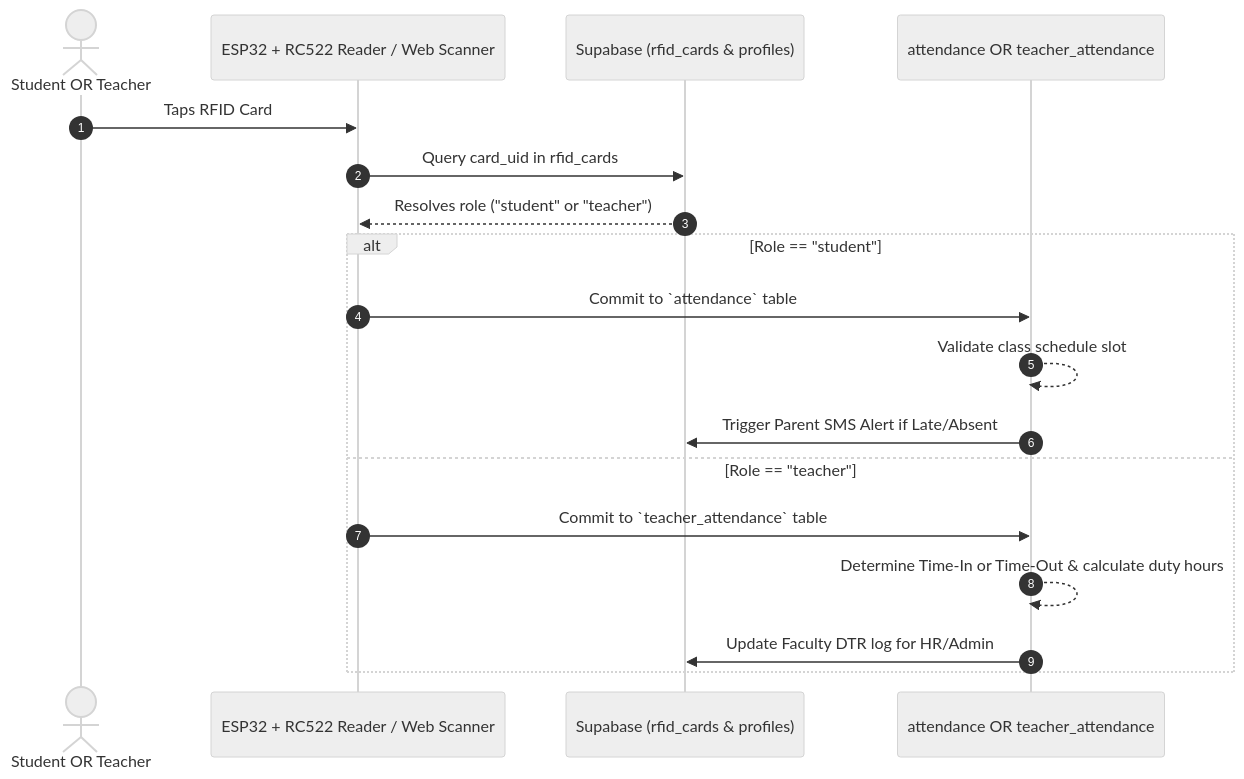
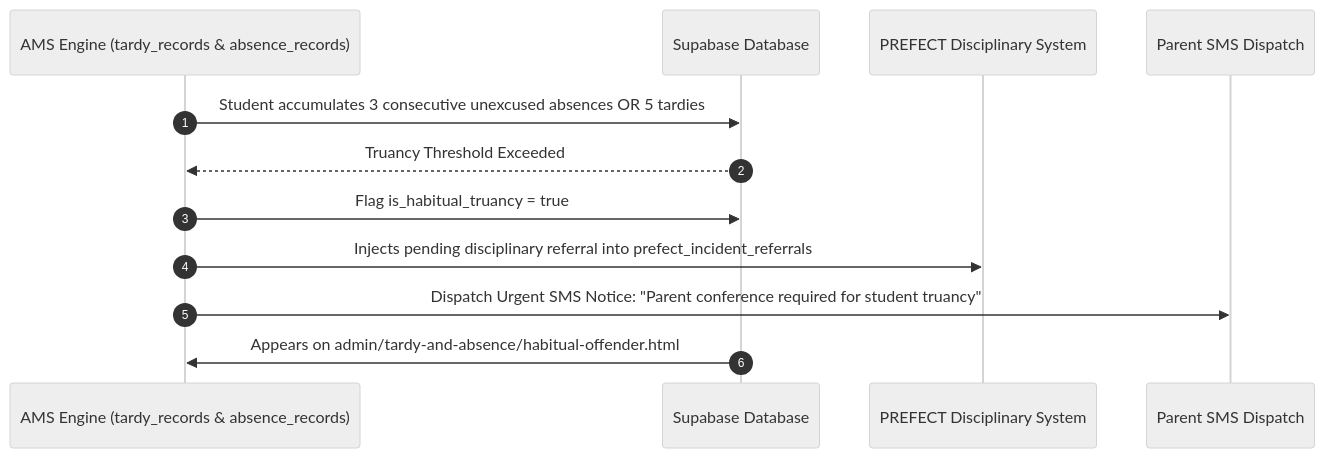
The third of 3 diagrams in .agent/skills/system-flow/SKILL.md (jaynzxc/SMS1-AMS), drawn with Mermaid (neutral theme) before and after one commit. The commit also changed other lines of this file and 25 other files, not shown here.

Commit message:
docs(architecture): align 14 domain skills and technical specs with 10 official AMS submodules and SMS 1 bridges

````diff
--- a/.agent/skills/system-flow/SKILL.md
+++ b/.agent/skills/system-flow/SKILL.md
@@ -174,21 +182,15 @@
 ```mermaid
 sequenceDiagram
     autonumber
-    actor User as Student OR Teacher
-    participant Kiosk as ESP32 + RC522 Reader / Web Scanner
-    participant DB as Supabase (rfid_cards & profiles)
-    participant Attendance as attendance OR teacher_attendance
+    participant AMS as AMS Engine (tardy_records & absence_records)
+    participant DB as Supabase Database
+    participant Prefect as PREFECT Disciplinary System
+    participant ParentSMS as Parent SMS Dispatch
 
-    User->>Kiosk: Taps RFID Card
-    Kiosk->>DB: Query card_uid in rfid_cards
-    DB-->>Kiosk: Resolves role ("student" or "teacher")
-    alt Role == "student"
-        Kiosk->>Attendance: Commit to `attendance` table
-        Attendance-->>Attendance: Validate class schedule slot
-        Attendance->>DB: Trigger Parent SMS Alert if Late/Absent
-    else Role == "teacher"
-        Kiosk->>Attendance: Commit to `teacher_attendance` table
-        Attendance-->>Attendance: Determine Time-In or Time-Out & calculate duty hours
-        Attendance->>DB: Update Faculty DTR log for HR/Admin
-    end
+    AMS->>DB: Student accumulates 3 consecutive unexcused absences OR 5 tardies
+    DB-->>AMS: Truancy Threshold Exceeded
+    AMS->>DB: Flag is_habitual_truancy = true
+    AMS->>Prefect: Injects pending disciplinary referral into prefect_incident_referrals
+    AMS->>ParentSMS: Dispatch Urgent SMS Notice: "Parent conference required for student truancy"
+    DB->>AMS: Appears on admin/tardy-and-absence/habitual-offender.html
 ```
````
